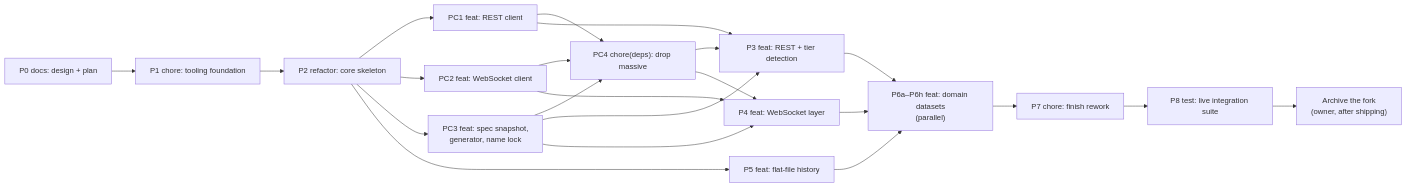
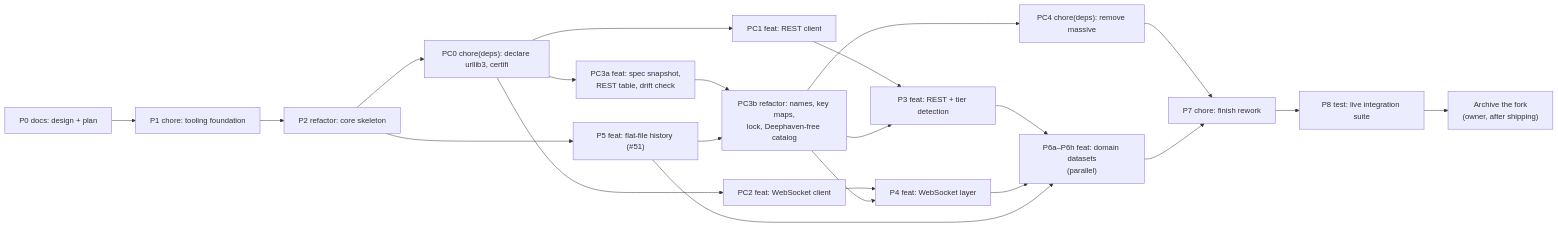
Before and after one commit to chipkent/deephaven-massive: the diagram in plans/rework/PLAN.md, drawn with Mermaid. The commit also changed other lines of this file and 2 other files, not shown here.

````diff
--- a/plans/rework/PLAN.md
+++ b/plans/rework/PLAN.md
@@ -60,16 +60,19 @@
 ```mermaid
 flowchart LR
     P0["P0 docs: design + plan"] --> P1["P1 chore: tooling foundation"]
     P1 --> P2["P2 refactor: core skeleton"]
-    P2 --> PC1["PC1 feat: REST client"]
-    P2 --> PC2["PC2 feat: WebSocket client"]
-    P2 --> PC3["PC3 feat: spec snapshot,<br/>generator, name lock"]
-    P2 --> P5["P5 feat: flat-file history"]
-    PC1 & PC2 & PC3 --> PC4["PC4 chore(deps): drop massive"]
-    PC1 & PC3 & PC4 --> P3["P3 feat: REST + tier detection"]
-    PC2 & PC3 & PC4 --> P4["P4 feat: WebSocket layer"]
+    P2 --> PC0["PC0 chore(deps): declare urllib3, certifi"]
+    P2 --> P5["P5 feat: flat-file history (#51)"]
+    PC0 --> PC1["PC1 feat: REST client"]
+    PC0 --> PC2["PC2 feat: WebSocket client"]
+    PC0 --> PC3a["PC3a feat: spec snapshot,<br/>REST table, drift check"]
+    PC3a & P5 --> PC3b["PC3b refactor: names, key maps,<br/>lock, Deephaven-free catalog"]
+    PC3b --> PC4["PC4 chore(deps): remove massive"]
+    PC1 & PC3b --> P3["P3 feat: REST + tier detection"]
+    PC2 & PC3b --> P4["P4 feat: WebSocket layer"]
     P3 & P4 & P5 --> P6["P6a–P6h feat: domain datasets<br/>(parallel)"]
+    PC4 --> P7
     P6 --> P7["P7 chore: finish rework"]
     P7 --> P8["P8 test: live integration suite"]
     P8 --> AF["Archive the fork<br/>(owner, after shipping)"]
 ```
````
